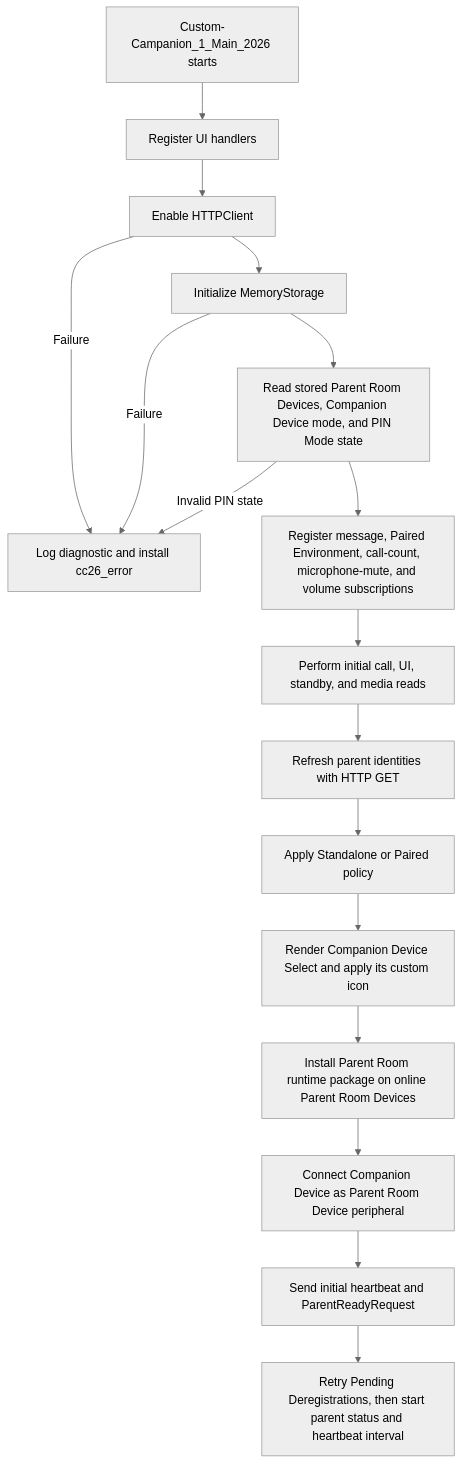
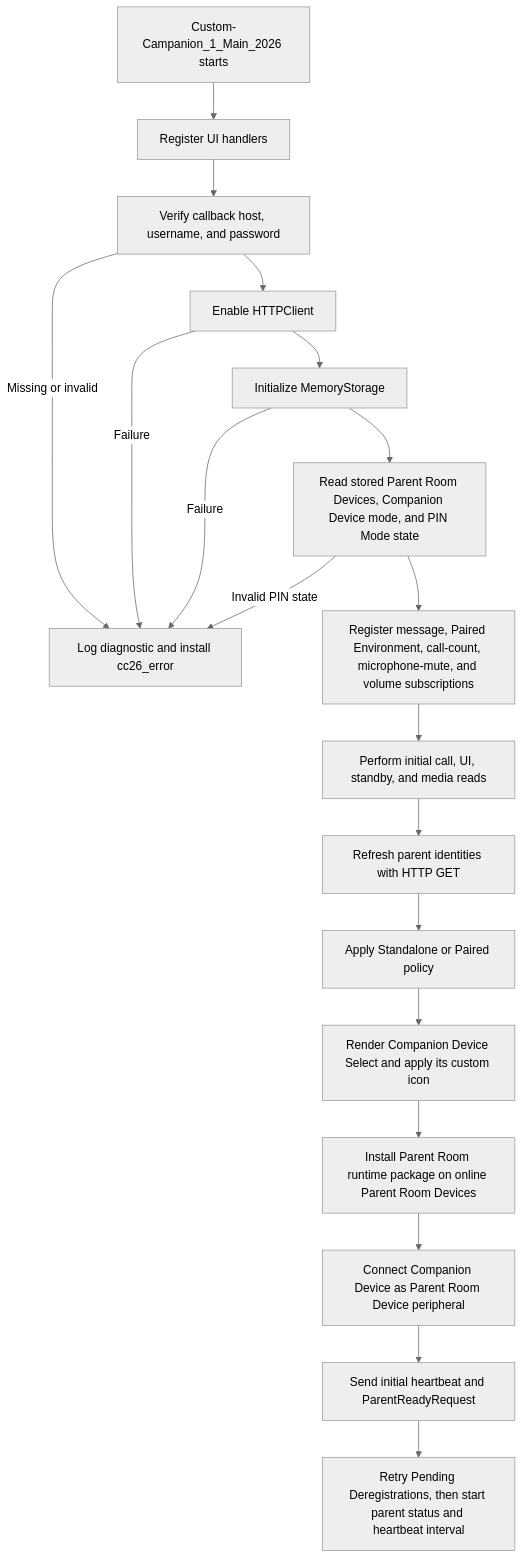
One commit to ctg-tme/Custom_Companion_2026 changed the first of 9 diagrams in docs/technical-reference.md. Above: the diagram before and after it, drawn with Mermaid (neutral theme). The commit also changed other lines of this file and 5 other files, not shown here.

````diff
--- a/docs/technical-reference.md
+++ b/docs/technical-reference.md
@@ -70,19 +70,21 @@
 ```mermaid
 flowchart TD
 	A[Custom-Campanion_1_Main_2026 starts] --> B[Register UI handlers]
-	B --> C[Enable HTTPClient]
-	C --> D[Initialize MemoryStorage]
-	C -- Failure --> X[Log diagnostic and install cc26_error]
+	B --> C[Verify callback host, username, and password]
+	C -- Missing or invalid --> X[Log diagnostic and install cc26_error]
+	C --> D[Enable HTTPClient]
+	D --> E[Initialize MemoryStorage]
 	D -- Failure --> X
-	D --> E[Read stored Parent Room Devices, Companion Device mode, and PIN Mode state]
-	E -- Invalid PIN state --> X
-	E --> F[Register message, Paired Environment, call-count, microphone-mute, and volume subscriptions]
-	F --> G[Perform initial call, UI, standby, and media reads]
-	G --> H[Refresh parent identities with HTTP GET]
-	H --> I[Apply Standalone or Paired policy]
-	I --> J[Render Companion Device Select and apply its custom icon]
-	J --> K[Install Parent Room runtime package on online Parent Room Devices]
-	K --> L[Connect Companion Device as Parent Room Device peripheral]
-	L --> M[Send initial heartbeat and ParentReadyRequest]
-	M --> N[Retry Pending Deregistrations, then start parent status and heartbeat interval]
+	E -- Failure --> X
+	E --> F[Read stored Parent Room Devices, Companion Device mode, and PIN Mode state]
+	F -- Invalid PIN state --> X
+	F --> G[Register message, Paired Environment, call-count, microphone-mute, and volume subscriptions]
+	G --> H[Perform initial call, UI, standby, and media reads]
+	H --> I[Refresh parent identities with HTTP GET]
+	I --> J[Apply Standalone or Paired policy]
+	J --> K[Render Companion Device Select and apply its custom icon]
+	K --> L[Install Parent Room runtime package on online Parent Room Devices]
+	L --> M[Connect Companion Device as Parent Room Device peripheral]
+	M --> N[Send initial heartbeat and ParentReadyRequest]
+	N --> O[Retry Pending Deregistrations, then start parent status and heartbeat interval]
 ```
````
